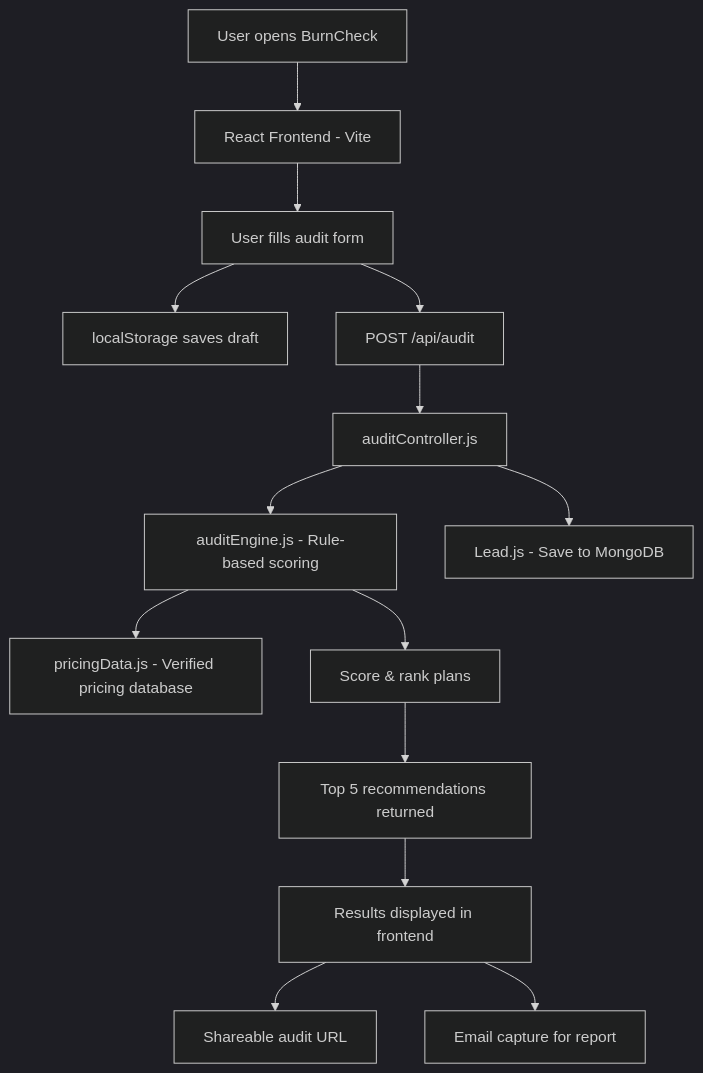
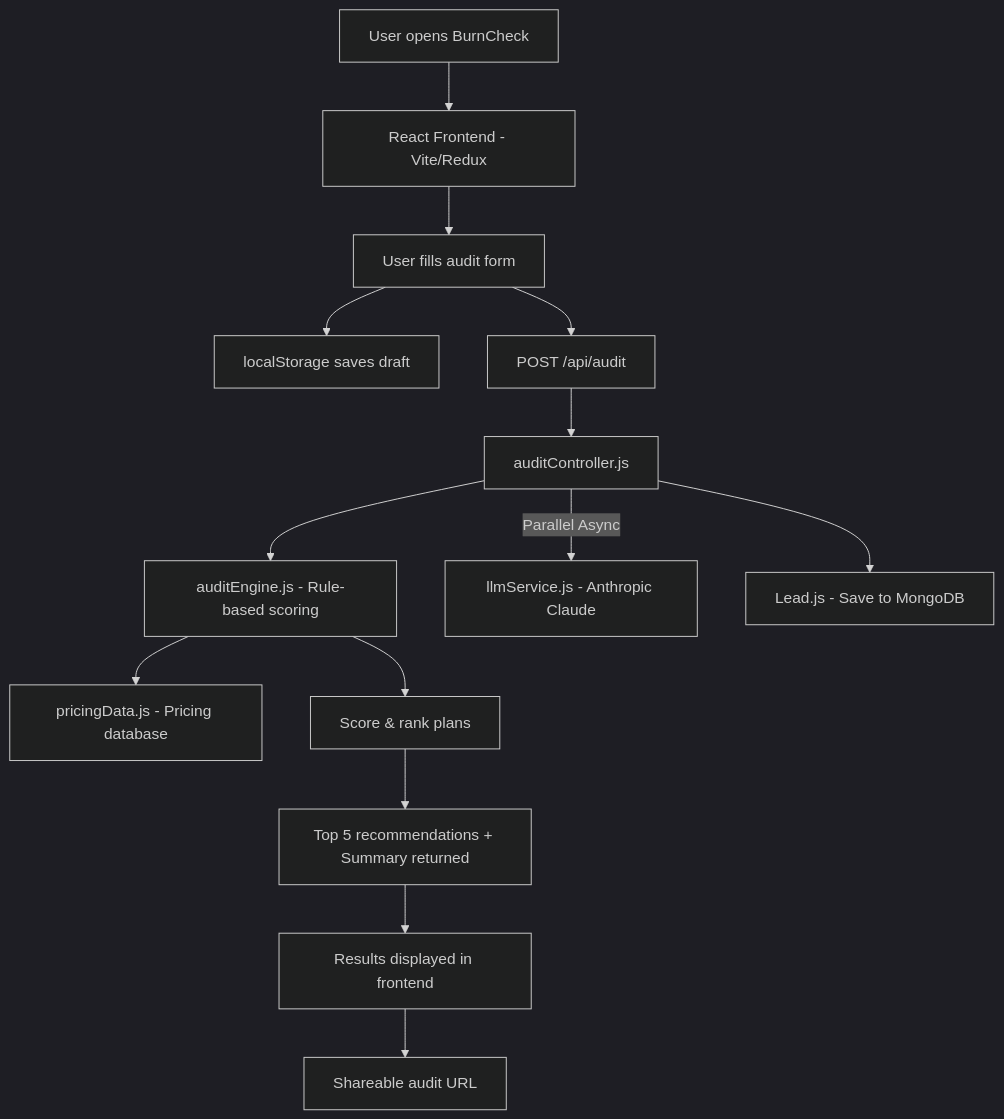
The diagram in ARCHITECTURE.md (piyushh-ai/burncheck), drawn with Mermaid (dark theme) before and after one commit. The commit also changed other lines of this file and 49 other files, not shown here.

Commit message:
feat: implement full-stack audit application with React frontend, Express backend, Anthropic LLM integration, and Redux state management.

````diff
--- a/ARCHITECTURE.md
+++ b/ARCHITECTURE.md
@@ -5,16 +5,16 @@
 ```mermaid
 graph TD
-    A[User opens BurnCheck] --> B[React Frontend - Vite]
+    A[User opens BurnCheck] --> B[React Frontend - Vite/Redux]
     B --> C[User fills audit form]
     C --> D[localStorage saves draft]
     C --> E[POST /api/audit]
     E --> F[auditController.js]
     F --> G[auditEngine.js - Rule-based scoring]
-    G --> H[pricingData.js - Verified pricing database]
+    G --> H[pricingData.js - Pricing database]
+    F --> |Parallel Async| LLM[llmService.js - Anthropic Claude]
     G --> I[Score & rank plans]
-    I --> J[Top 5 recommendations returned]
+    I --> J[Top 5 recommendations + Summary returned]
     F --> K[Lead.js - Save to MongoDB]
     J --> L[Results displayed in frontend]
     L --> M[Shareable audit URL]
-    L --> N[Email capture for report]
 ```
````
